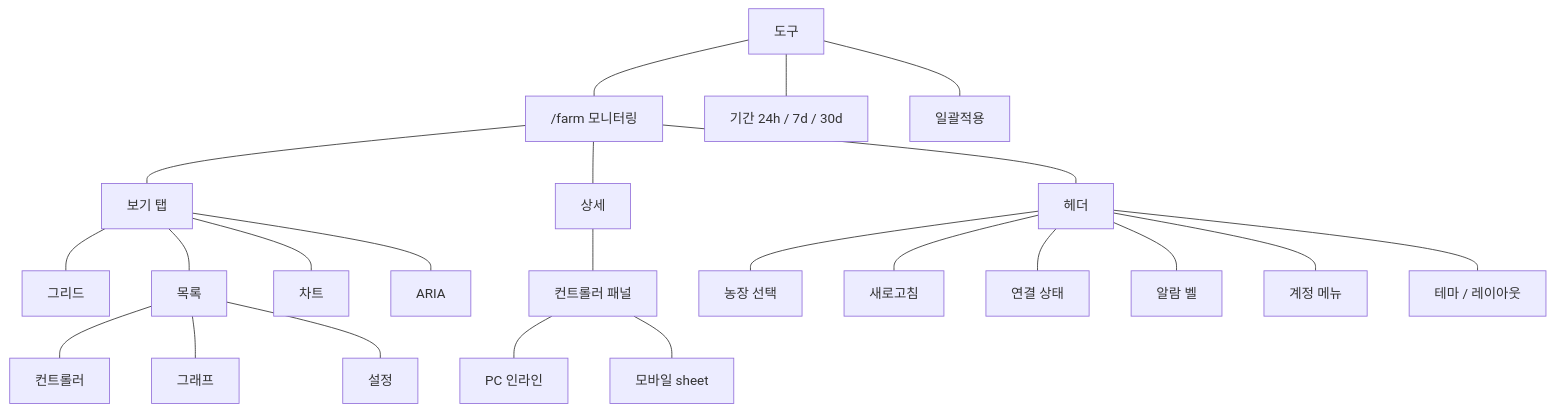
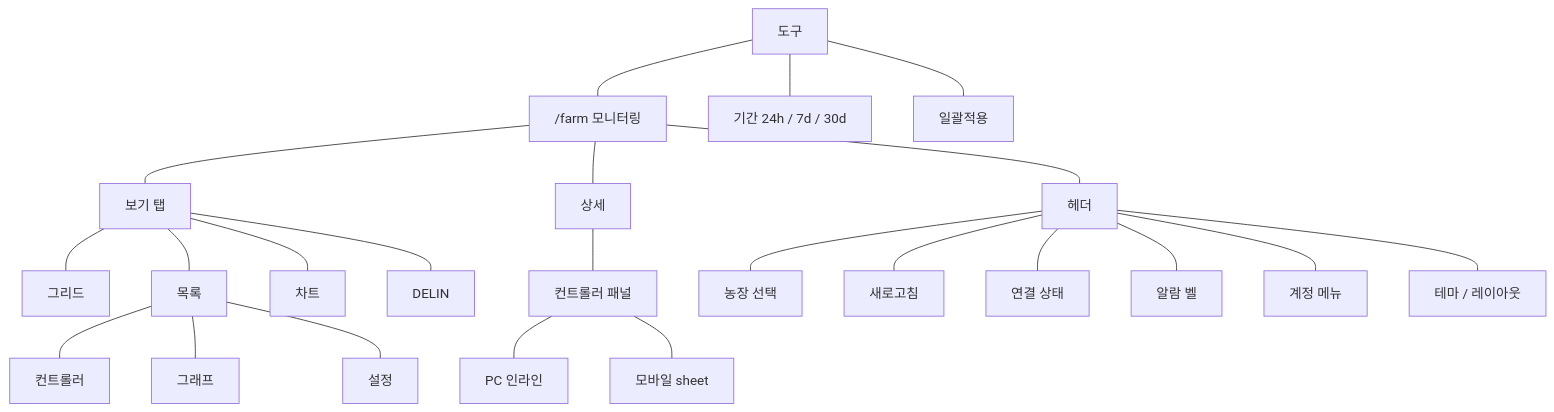
Before and after one commit to SIJackLee/dashboard: the second of 3 diagrams in web/docs/user-manual/10-메뉴구조도.md, drawn with Mermaid. The commit also changed other lines of this file and 18 other files, not shown here.

````diff
--- a/web/docs/user-manual/10-메뉴구조도.md
+++ b/web/docs/user-manual/10-메뉴구조도.md
@@ -72,35 +72,35 @@
 ```mermaid
 flowchart TB
   %% 정사각: 상(상세) — 중(도구·farm·보기) — 하(헤더)
   detail["상세"]
 
   tools["도구"] --- farm["/farm 모니터링"] --- view["보기 탭"]
 
   header["헤더"]
 
   farm --- detail
   farm --- header
 
   %% 각 꼭짓점의 하위 (구조 동일)
   tools --- period["기간 24h / 7d / 30d"]
   tools --- bulk["일괄적용"]
 
   view --- grid["그리드"]
   view --- list["목록"]
   view --- chart["차트"]
-  view --- aria["ARIA"]
+  view --- aria["DELIN"]
   list --- modeCtrl["컨트롤러"]
   list --- modeGraph["그래프"]
   list --- modeSet["설정"]
 
   detail --- panel["컨트롤러 패널"]
   panel --- pcInline["PC 인라인"]
   panel --- mobileSheet["모바일 sheet"]
 
   header --- farmSelect["농장 선택"]
   header --- refresh["새로고침"]
   header --- connect["연결 상태"]
   header --- alarms["알람 벨"]
   header --- account["계정 메뉴"]
   header --- theme["테마 / 레이아웃"]
 ```
````
